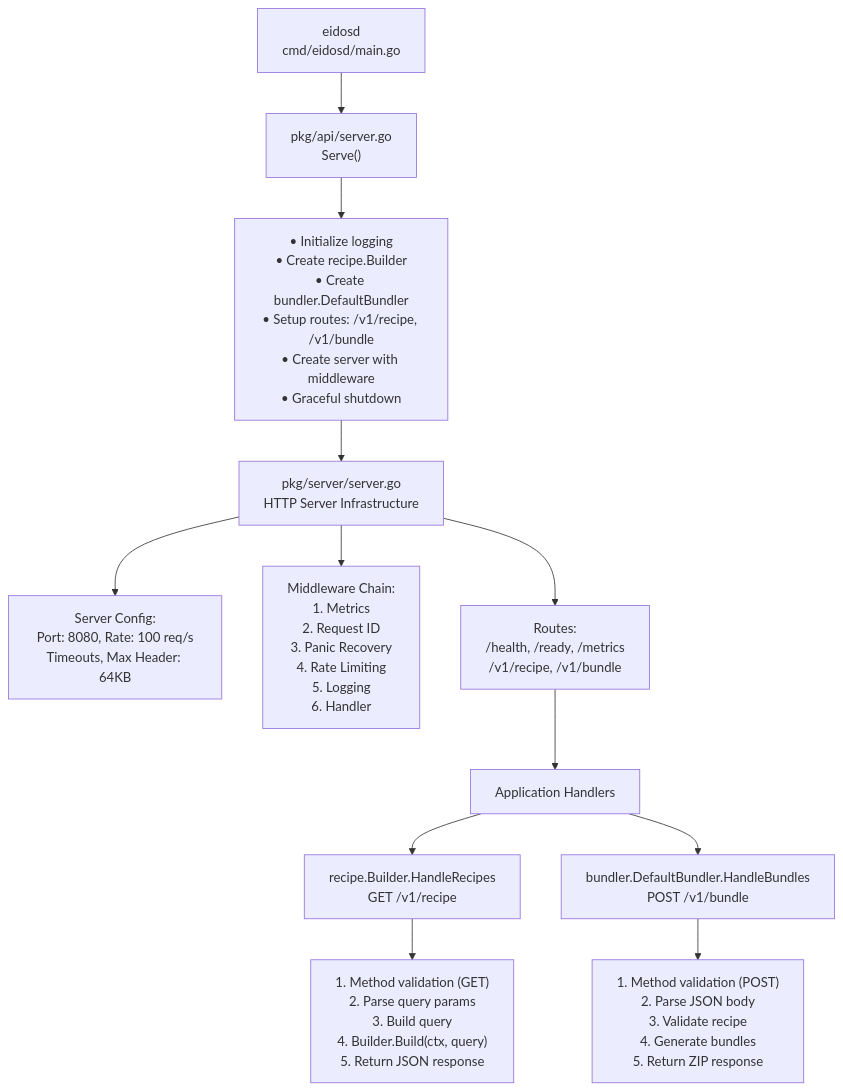
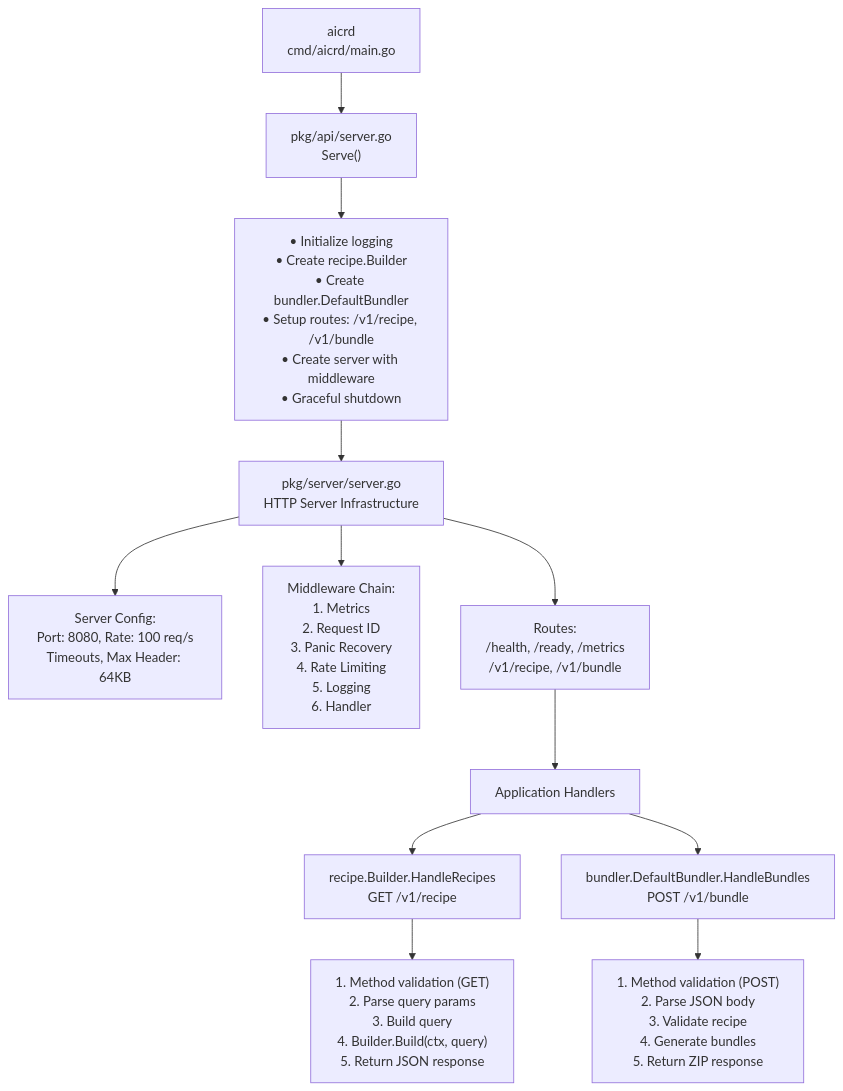
Before and after one commit to resker/aicr: the first of 4 diagrams in docs/contributor/api-server.md, drawn with Mermaid. The commit also changed other lines of this file and 390 other files, not shown here.

````diff
--- a/docs/contributor/api-server.md
+++ b/docs/contributor/api-server.md
@@ -45,21 +45,21 @@
 ```mermaid
 flowchart TD
-    A["eidosd<br/>cmd/eidosd/main.go"] --> B["pkg/api/server.go<br/>Serve()"]
+    A["aicrd<br/>cmd/aicrd/main.go"] --> B["pkg/api/server.go<br/>Serve()"]
     
     B --> B1["• Initialize logging<br/>• Create recipe.Builder<br/>• Create bundler.DefaultBundler<br/>• Setup routes: /v1/recipe, /v1/bundle<br/>• Create server with middleware<br/>• Graceful shutdown"]
     
     B1 --> C["pkg/server/server.go<br/>HTTP Server Infrastructure"]
     
     C --> C1["Server Config:<br/>Port: 8080, Rate: 100 req/s<br/>Timeouts, Max Header: 64KB"]
     C --> C2["Middleware Chain:<br/>1. Metrics<br/>2. Request ID<br/>3. Panic Recovery<br/>4. Rate Limiting<br/>5. Logging<br/>6. Handler"]
     C --> C3["Routes:<br/>/health, /ready, /metrics<br/>/v1/recipe, /v1/bundle"]
     
     C3 --> D["Application Handlers"]
     
     D --> D1["recipe.Builder.HandleRecipes<br/>GET /v1/recipe"]
     D --> D2["bundler.DefaultBundler.HandleBundles<br/>POST /v1/bundle"]
     
     D1 --> D1a["1. Method validation (GET)<br/>2. Parse query params<br/>3. Build query<br/>4. Builder.Build(ctx, query)<br/>5. Return JSON response"]
     
     D2 --> D2a["1. Method validation (POST)<br/>2. Parse JSON body<br/>3. Validate recipe<br/>4. Generate bundles<br/>5. Return ZIP response"]
 ```
````
